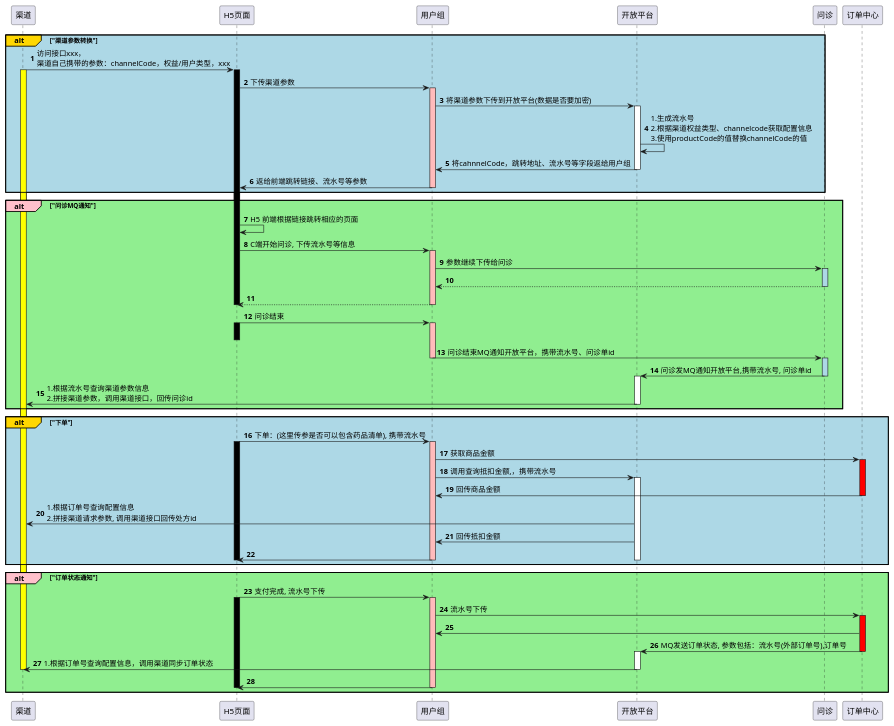
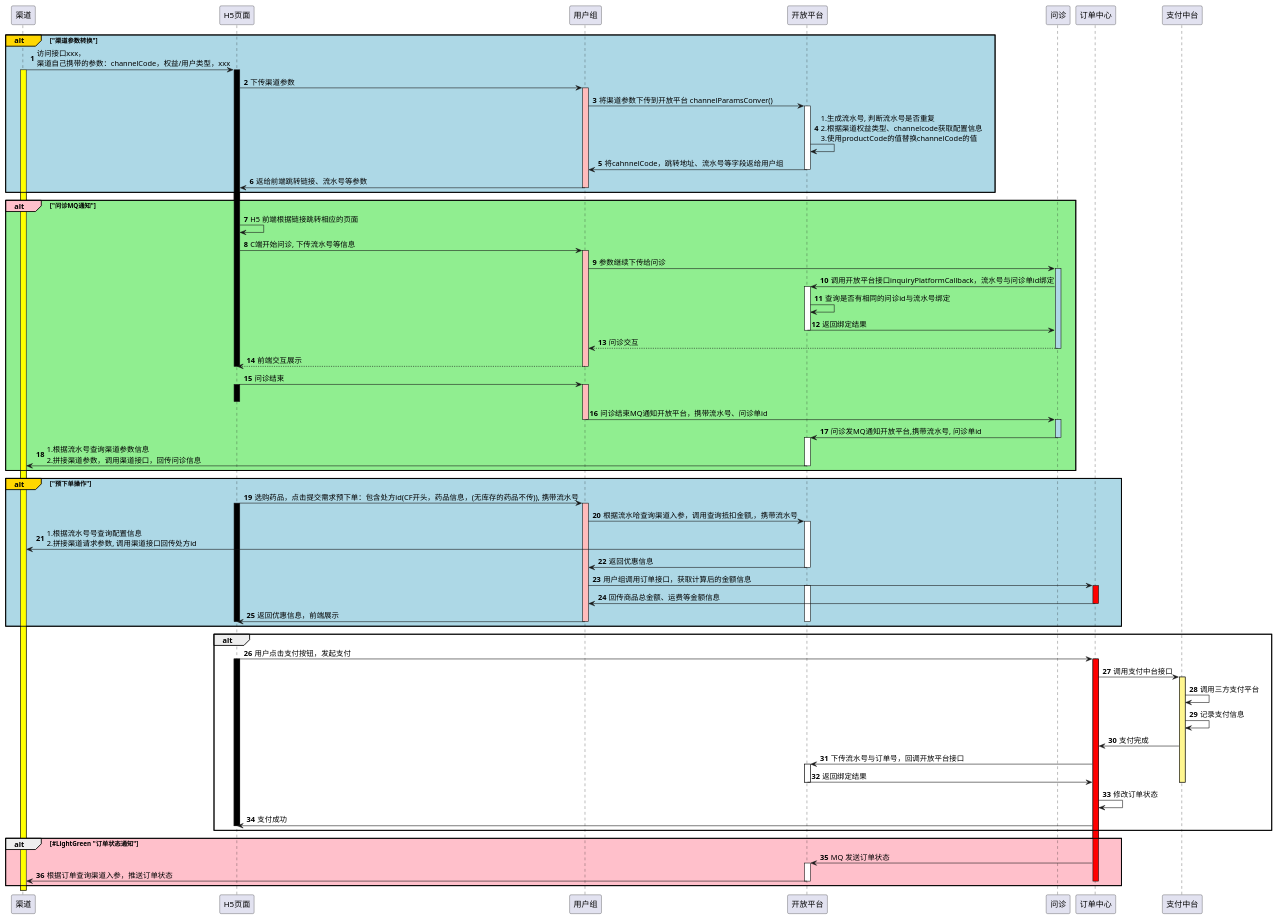
The diagram in workutil/worktest/src/main/java/com/anzhi/worktest/plantuml/OpenAPIChannelMap.puml (sunyue0315/Java_Record), drawn with PlantUML before and after one commit.

Commit message:
1. 开放平台订单流程

```diff
--- a/workutil/worktest/src/main/java/com/anzhi/worktest/plantuml/OpenAPIChannelMap.puml
+++ b/workutil/worktest/src/main/java/com/anzhi/worktest/plantuml/OpenAPIChannelMap.puml
@@ -1,90 +1,108 @@
 @startuml
 autonumber
 
 participant "渠道" as channel
 participant "H5页面" as H5
 participant "用户组" as userServer
 
 alt#Gold #LightBlue "渠道参数转换"
 channel->H5 : 访问接口xxx，\n渠道自己携带的参数：channelCode，权益/用户类型，xxx
 activate channel #Yellow
 activate H5 #black
 H5->userServer: 下传渠道参数
 activate userServer #FFBBBB
 
 participant "开放平台" as openApi
-userServer->openApi: 将渠道参数下传到开放平台(数据是否要加密)
+userServer->openApi: 将渠道参数下传到开放平台 channelParamsConver()
 activate openApi
-openApi->openApi: 1.生成流水号\n2.根据渠道权益类型、channelcode获取配置信息\n3.使用productCode的值替换channelCode的值
+openApi->openApi: 1.生成流水号, 判断流水号是否重复\n2.根据渠道权益类型、channelcode获取配置信息\n3.使用productCode的值替换channelCode的值
 openApi->userServer: 将cahnnelCode，跳转地址、流水号等字段返给用户组
 deactivate openApi
 
 userServer->H5:返给前端跳转链接、流水号等参数
 deactivate userServer
 end
 
 participant "问诊" as inquiry
 alt#Pink #LightGreen "问诊MQ通知"
 H5->H5: H5 前端根据链接跳转相应的页面
 H5->userServer : C端开始问诊, 下传流水号等信息
 activate userServer #FFBBBB
 userServer->inquiry: 参数继续下传给问诊
 activate inquiry #LightBlue
-inquiry-->userServer
+inquiry -> openApi : 调用开放平台接口inquiryPlatformCallback，流水号与问诊单id绑定
+activate openApi
+openApi -> openApi : 查询是否有相同的问诊id与流水号绑定
+openApi -> inquiry : 返回绑定结果
+deactivate openApi
+inquiry-->userServer : 问诊交互
 deactivate inquiry
-userServer-->H5
+userServer-->H5 : 前端交互展示
 deactivate H5
 deactivate userServer
 
 
 H5->userServer: 问诊结束
 activate userServer #FFBBBB
 activate H5 #black
 deactivate H5
 userServer->inquiry: 问诊结束MQ通知开放平台，携带流水号、问诊单id
 deactivate userServer
 activate inquiry #LightBlue
 inquiry->openApi:问诊发MQ通知开放平台,携带流水号, 问诊单id
 deactivate inquiry
 activate openApi
-openApi->channel: 1.根据流水号查询渠道参数信息\n2.拼接渠道参数，调用渠道接口，回传问诊id
+openApi->channel: 1.根据流水号查询渠道参数信息\n2.拼接渠道参数，调用渠道接口，回传问诊信息
 deactivate openApi
 end
 
 participant "订单中心" as orderCenter
-alt#Gold #LightBlue "下单"
-H5->userServer: 下单：(这里传参是否可以包含药品清单), 携带流水号
+alt#Gold #LightBlue "预下单操作"
+H5->userServer: 选购药品，点击提交需求预下单：包含处方id(CF开头，药品信息，(无库存的药品不传)), 携带流水号
 activate H5 #black
 activate userServer #FFBBBB
-userServer->orderCenter: 获取商品金额
+userServer->openApi: 根据流水哈查询渠道入参，调用查询抵扣金额,，携带流水号
+activate openApi
+openApi->channel: 1.根据流水号号查询配置信息\n2.拼接渠道请求参数, 调用渠道接口回传处方id
+openApi -> userServer : 返回优惠信息
+deactivate openApi
+userServer->orderCenter: 用户组调用订单接口，获取计算后的金额信息
 activate orderCenter #Red
-userServer->openApi: 调用查询抵扣金额,，携带流水号
 activate openApi
-orderCenter->userServer: 回传商品金额
+orderCenter->userServer: 回传商品总金额、运费等金额信息
 deactivate orderCenter
-openApi->channel: 1.根据订单号查询配置信息\n2.拼接渠道请求参数, 调用渠道接口回传处方id
-openApi->userServer: 回传抵扣金额
-userServer->H5
+userServer->H5 : 返回优惠信息，前端展示
 deactivate H5
 deactivate userServer
 deactivate openApi
 end
 
-alt#Pink #LightGreen "订单状态通知"
-H5->userServer: 支付完成, 流水号下传
-activate userServer #FFBBBB
+participant "支付中台" as payCenter
+alt
+H5 -> orderCenter : 用户点击支付按钮，发起支付
+activate orderCenter #Red
 activate H5 #black
-userServer->orderCenter: 流水号下传
-activate orderCenter #Red
-orderCenter->userServer
-orderCenter->openApi: MQ发送订单状态, 参数包括：流水号(外部订单号),订单号
+orderCenter -> payCenter : 调用支付中台接口
+activate payCenter 	#FFF68F
+payCenter -> payCenter : 调用三方支付平台
+payCenter -> payCenter : 记录支付信息
+payCenter -> orderCenter: 支付完成
+orderCenter -> openApi : 下传流水号与订单号，回调开放平台接口
+activate openApi
+openApi -> orderCenter : 返回绑定结果
+deactivate openApi
+deactivate payCenter
+orderCenter -> orderCenter : 修改订单状态
+orderCenter -> H5 : 支付成功
+deactivate H5
+
+end
+
+alt #Pink #LightGreen "订单状态通知"
+orderCenter -> openApi : MQ 发送订单状态
+activate openApi
+openApi -> channel : 根据订单查询渠道入参，推送订单状态
+deactivate openApi
 deactivate orderCenter
-activate openApi
-openApi->channel: 1.根据订单号查询配置信息，调用渠道同步订单状态
-deactivate channel
-deactivate openApi
-userServer->H5
-deactivate userServer
-deactivate H5
 end
 @enduml
```
